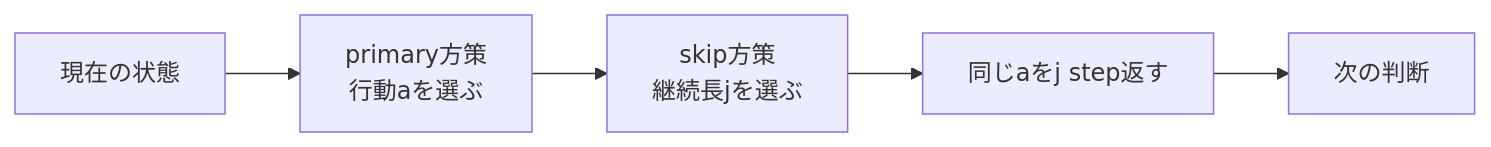
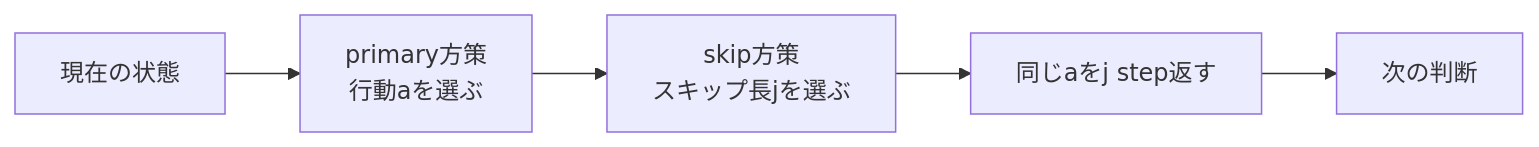
Before and after one commit to kazukin123/anet-lab: the fourth of 11 diagrams in docs/design/200_dqn_agents.jp.md, drawn with Mermaid. The commit also changed other lines of this file and 22 other files, not shown here.

````diff
--- a/docs/design/200_dqn_agents.jp.md
+++ b/docs/design/200_dqn_agents.jp.md
@@ -149,6 +149,6 @@
 ```mermaid
 flowchart LR
     S["現在の状態"] --> A["primary方策<br/>行動aを選ぶ"]
-    A --> J["skip方策<br/>継続長jを選ぶ"]
+    A --> J["skip方策<br/>スキップ長jを選ぶ"]
     J --> R["同じaをj step返す"] --> N["次の判断"]
 ```
````
